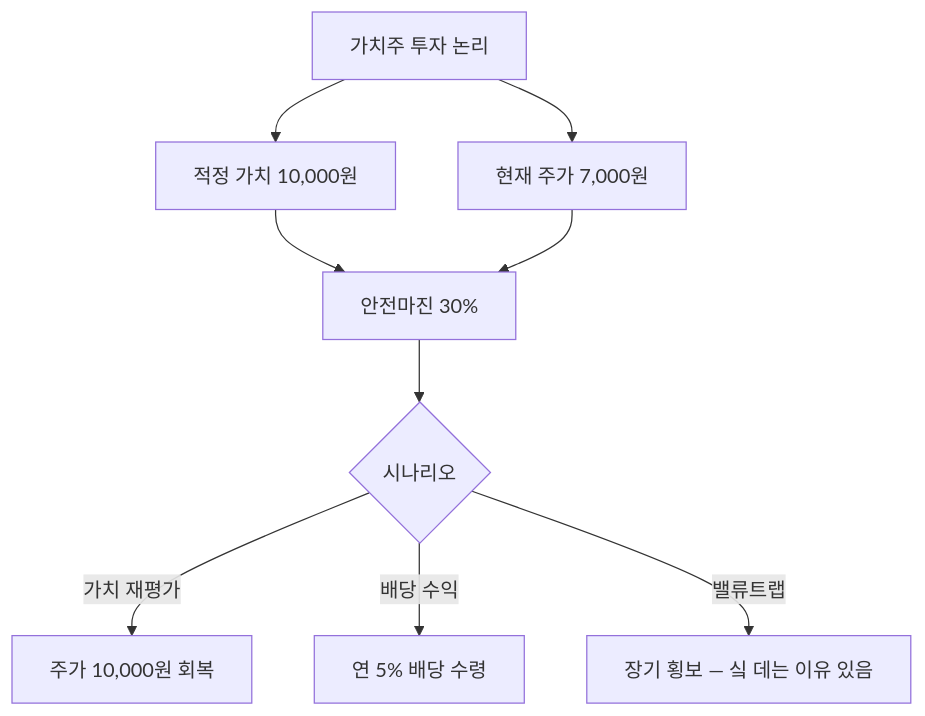
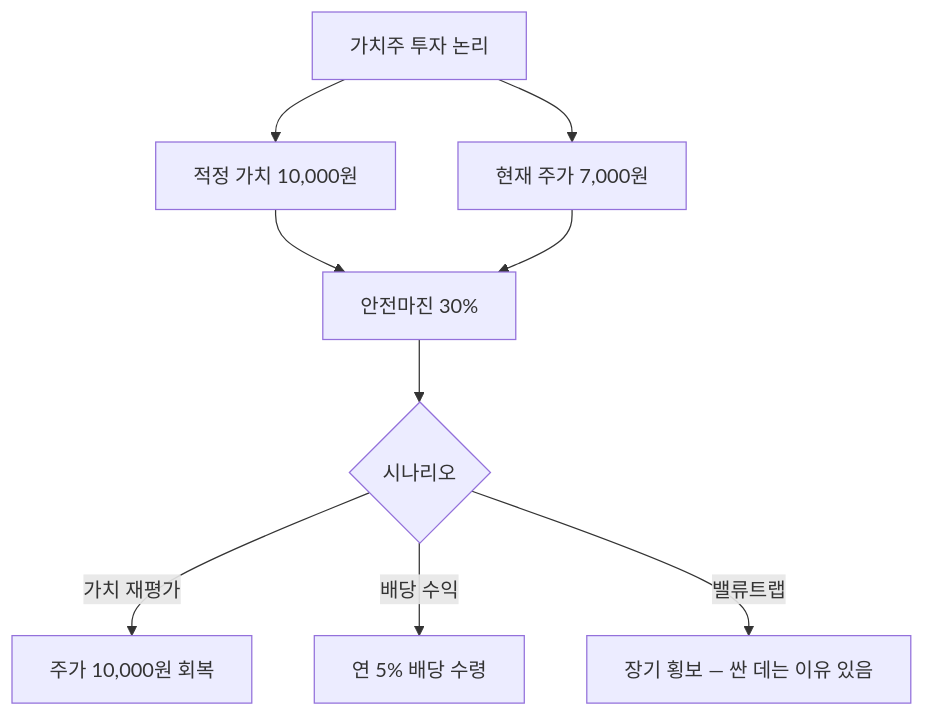
The diagram in content/stock-terms/ko/level-09-strategy-risk/value-stock.md (yeongseon/stock-visual-note), drawn with Mermaid before and after one commit. The commit also changed 20 other files, not shown here.

````diff
--- a/content/stock-terms/ko/level-09-strategy-risk/value-stock.md
+++ b/content/stock-terms/ko/level-09-strategy-risk/value-stock.md
@@ -42,12 +42,12 @@
 ```mermaid
 graph TD
     A["가치주 투자 논리"]
     A --> B["적정 가치 10,000원"]
     A --> C["현재 주가 7,000원"]
     B --> D["안전마진 30%"]
     C --> D
     D --> E{"시나리오"}
     E -->|"가치 재평가"| F["주가 10,000원 회복"]
     E -->|"배당 수익"| G["연 5% 배당 수령"]
-    E -->|"밸류트랩"| H["장기 횡보 — 싴 데는 이유 있음"]
+    E -->|"밸류트랩"| H["장기 횡보 — 싼 데는 이유 있음"]
 ```
````
